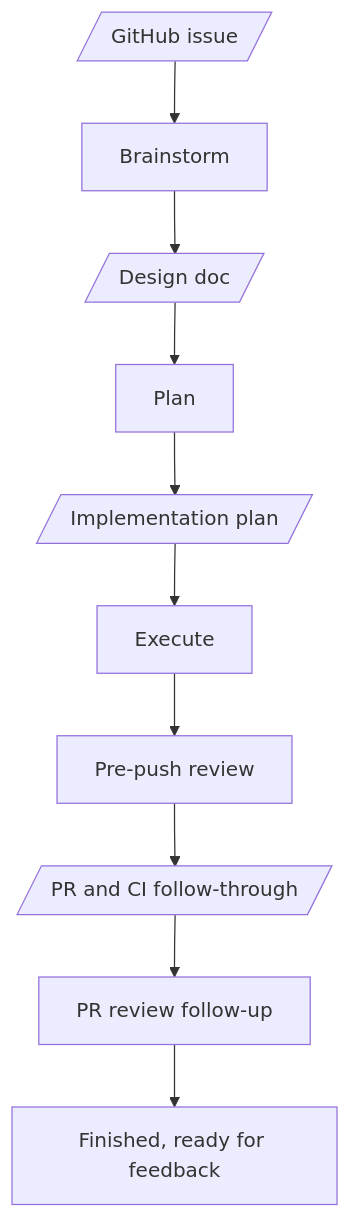
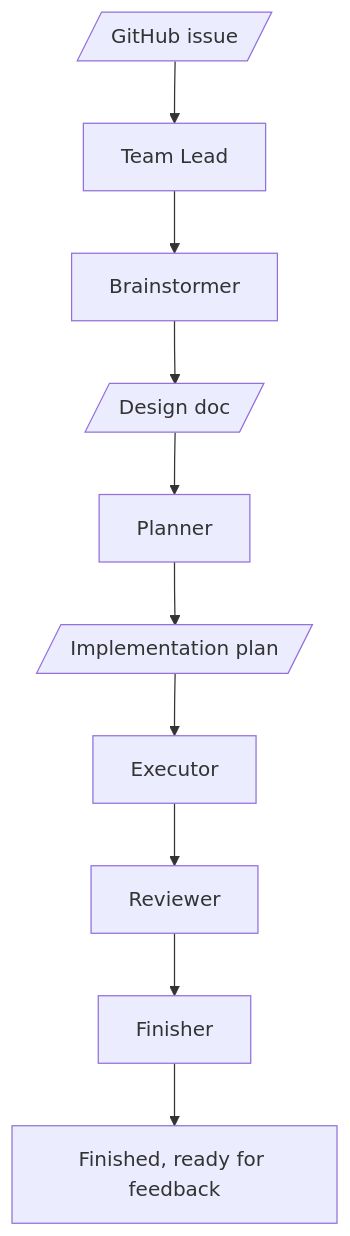
Before and after one commit to patinaproject/skills: the diagram in README.md, drawn with Mermaid. The commit also changed other lines of this file and 12 other files, not shown here.

````diff
--- a/README.md
+++ b/README.md
@@ -17,12 +17,12 @@
 ```mermaid
 flowchart TD
-    A[/GitHub issue/] --> B[Brainstorm]
-    B --> C[/Design doc/]
-    C --> D[Plan]
-    D --> E[/Implementation plan/]
-    E --> F[Execute]
-    F --> G[Pre-push review]
-    G --> H[/PR and CI follow-through/]
-    H --> I[PR review follow-up]
+    A[/GitHub issue/] --> B[Team Lead]
+    B --> C[Brainstormer]
+    C --> D[/Design doc/]
+    D --> E[Planner]
+    E --> F[/Implementation plan/]
+    F --> G[Executor]
+    G --> H[Reviewer]
+    H --> I[Finisher]
     I --> J[Finished, ready for feedback]
 ```
````
